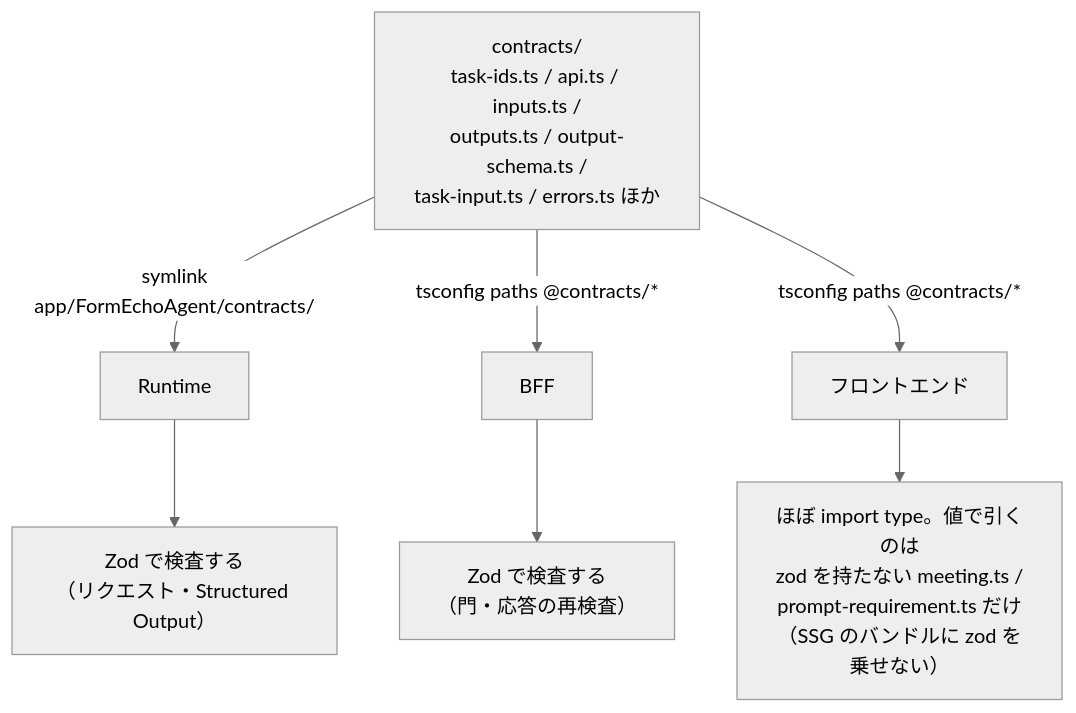
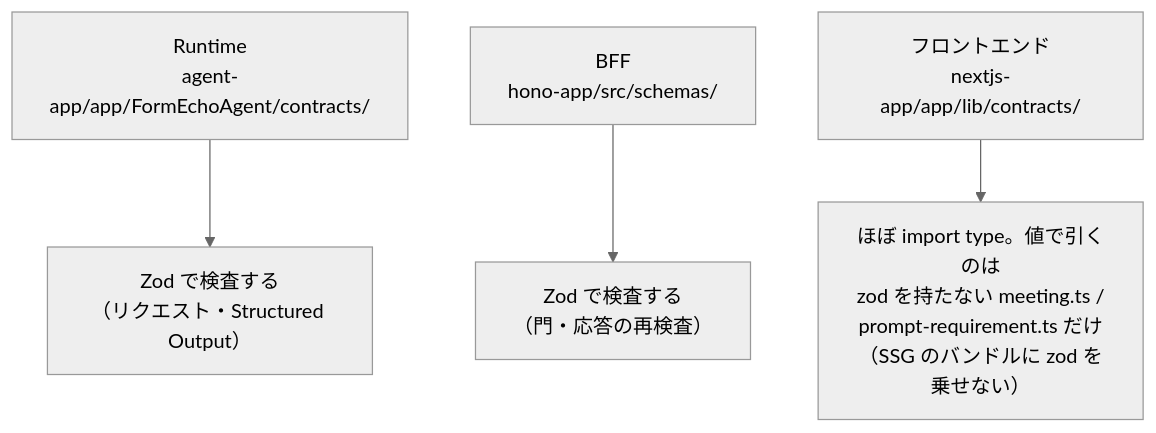
Before and after one commit to ag-ke-nakamura/form-echo-agent: the fourth of 8 diagrams in docs/architecture.md, drawn with Mermaid (neutral theme). The commit also changed other lines of this file and 23 other files, not shown here.

````diff
--- a/docs/architecture.md
+++ b/docs/architecture.md
@@ -119,12 +112,6 @@
 ```mermaid
 graph TD
-    C["contracts/<br/>task-ids.ts / api.ts / inputs.ts /<br/>outputs.ts / output-schema.ts /<br/>task-input.ts / errors.ts ほか"]
-
-    C -->|"symlink<br/>app/FormEchoAgent/contracts/"| A["Runtime"]
-    C -->|"tsconfig paths @contracts/*"| B["BFF"]
-    C -->|"tsconfig paths @contracts/*"| N["フロントエンド"]
-
-    A --> AU["Zod で検査する<br/>（リクエスト・Structured Output）"]
-    B --> BU["Zod で検査する<br/>（門・応答の再検査）"]
-    N --> NU["ほぼ import type。値で引くのは<br/>zod を持たない meeting.ts /<br/>prompt-requirement.ts だけ<br/>（SSG のバンドルに zod を乗せない）"]
+    A["Runtime<br/>agent-app/app/FormEchoAgent/contracts/"] --> AU["Zod で検査する<br/>（リクエスト・Structured Output）"]
+    B["BFF<br/>hono-app/src/schemas/"] --> BU["Zod で検査する<br/>（門・応答の再検査）"]
+    N["フロントエンド<br/>nextjs-app/app/lib/contracts/"] --> NU["ほぼ import type。値で引くのは<br/>zod を持たない meeting.ts /<br/>prompt-requirement.ts だけ<br/>（SSG のバンドルに zod を乗せない）"]
 ```
````
